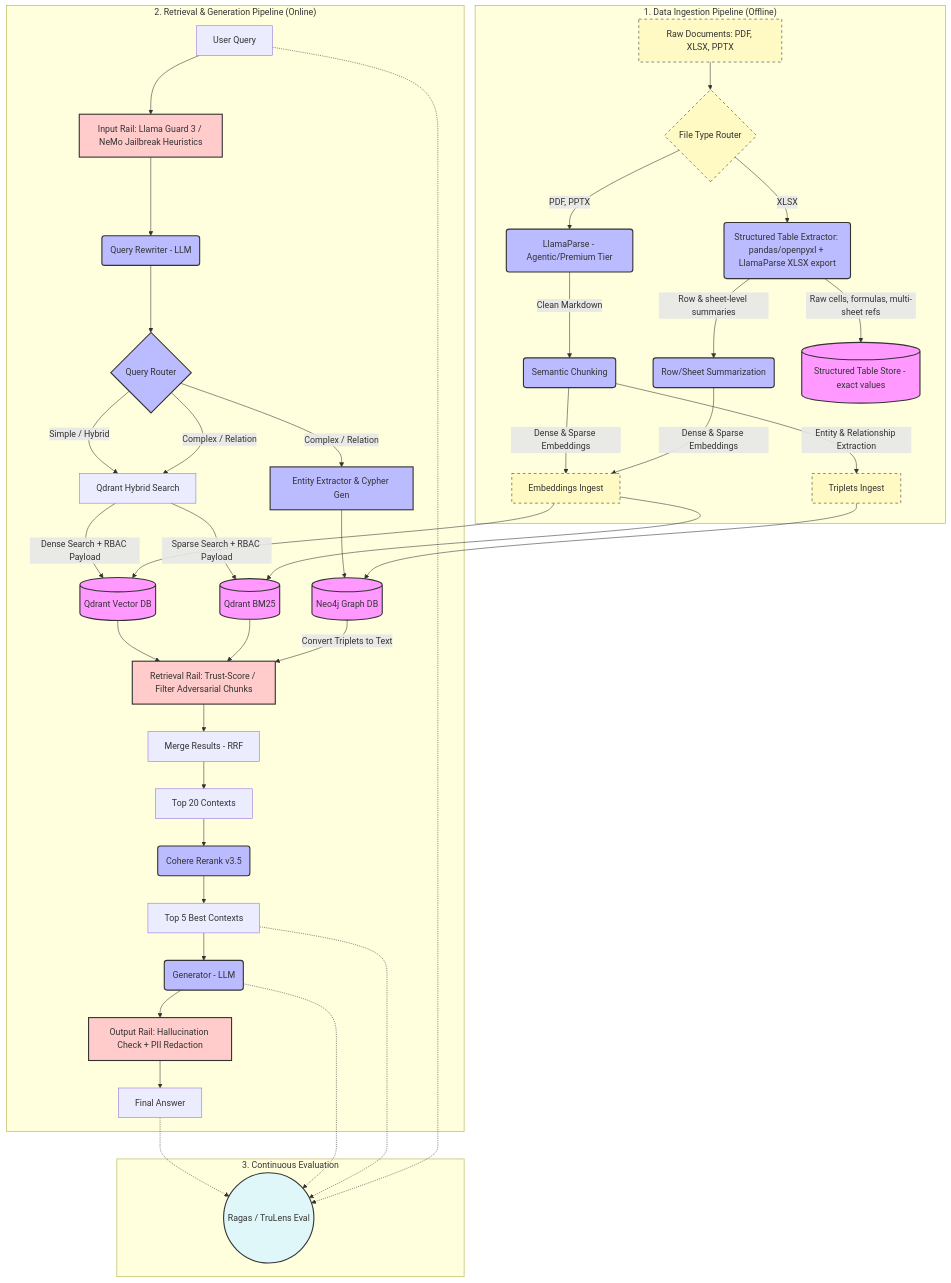
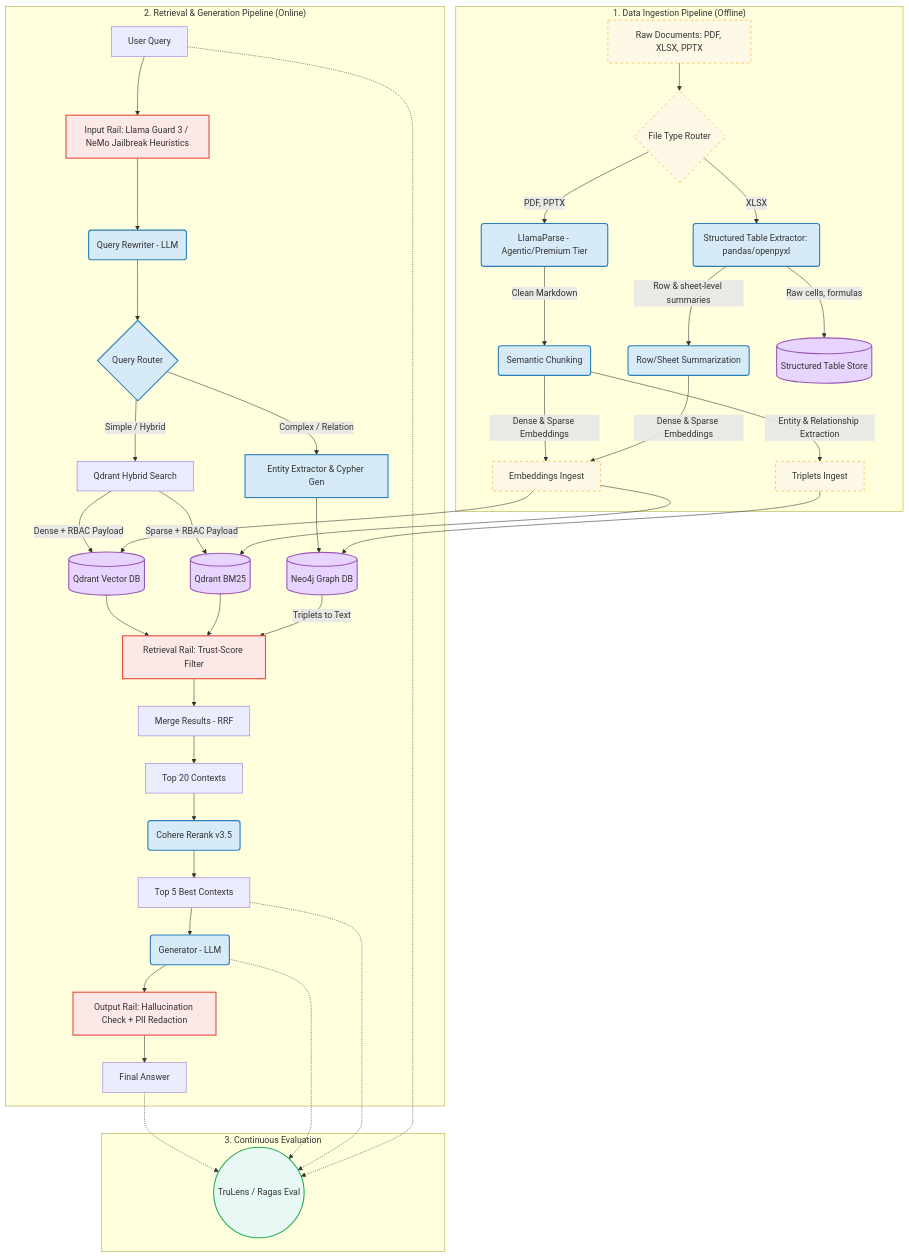
The second of 2 diagrams in README.md (le-dat/rag-enterprise), drawn with Mermaid before and after one commit. The commit also changed other lines of this file and 11 other files, not shown here.

````diff
--- a/README.md
+++ b/README.md
@@ -7,74 +156,66 @@
 ```mermaid
 graph TD
     %% 1. Ingestion Pipeline
     subgraph Ingestion_Pipeline ["1. Data Ingestion Pipeline (Offline)"]
         Docs[Raw Documents: PDF, XLSX, PPTX] --> Router{File Type Router}
         Router -->|PDF, PPTX| LP(LlamaParse - Agentic/Premium Tier)
-        Router -->|XLSX| XP(Structured Table Extractor: pandas/openpyxl + LlamaParse XLSX export)
+        Router -->|XLSX| XP(Structured Table Extractor: pandas/openpyxl)
         LP -->|Clean Markdown| SC(Semantic Chunking)
         XP -->|Row & sheet-level summaries| SC2(Row/Sheet Summarization)
-        XP -->|Raw cells, formulas, multi-sheet refs| STORE_RAW[(Structured Table Store - exact values)]
+        XP -->|Raw cells, formulas| STORE_RAW[(Structured Table Store)]
         SC -->|Dense & Sparse Embeddings| Q_Ingest[Embeddings Ingest]
         SC2 -->|Dense & Sparse Embeddings| Q_Ingest
         SC -->|Entity & Relationship Extraction| N_Ingest[Triplets Ingest]
     end
 
     %% 2. Retrieval & Generation Pipeline
     subgraph Query_Pipeline ["2. Retrieval & Generation Pipeline (Online)"]
         User[User Query] --> IG[Input Rail: Llama Guard 3 / NeMo Jailbreak Heuristics]
         IG --> B(Query Rewriter - LLM)
         B --> QR{Query Router}
 
-        %% Routing
         QR -->|Simple / Hybrid| H_Search[Qdrant Hybrid Search]
-        QR -->|Complex / Relation| H_Search
         QR -->|Complex / Relation| EE[Entity Extractor & Cypher Gen]
 
-        %% Database Retrieval with RBAC
-        H_Search -->|Dense Search + RBAC Payload| D1[(Qdrant Vector DB)]
-        H_Search -->|Sparse Search + RBAC Payload| D2[(Qdrant BM25)]
+        H_Search -->|Dense + RBAC Payload| D1[(Qdrant Vector DB)]
+        H_Search -->|Sparse + RBAC Payload| D2[(Qdrant BM25)]
         EE --> E[(Neo4j Graph DB)]
 
-        %% Retrieval Rail (NEW) - filters poisoned/adversarial chunks BEFORE fusion
-        D1 --> RR[Retrieval Rail: Trust-Score / Filter Adversarial Chunks]
+        D1 --> RR[Retrieval Rail: Trust-Score Filter]
         D2 --> RR
-        E -->|Convert Triplets to Text| RR
+        E -->|Triplets to Text| RR
 
-        %% Merge & Rerank
         RR --> F[Merge Results - RRF]
         F --> G[Top 20 Contexts]
         G --> H(Cohere Rerank v3.5)
         H --> I[Top 5 Best Contexts]
         I --> J(Generator - LLM)
 
-        %% Output Guardrails
         J --> OG[Output Rail: Hallucination Check + PII Redaction]
         OG --> Answer[Final Answer]
     end
 
     %% 3. Continuous Evaluation
     subgraph Eval_System ["3. Continuous Evaluation"]
-        Answer -.-> EV((Ragas / TruLens Eval))
+        Answer -.-> EV((TruLens / Ragas Eval))
         J -.-> EV
         I -.-> EV
         User -.-> EV
     end
 
-    %% Connect Ingestion to DBs
     Q_Ingest --> D1
     Q_Ingest --> D2
     N_Ingest --> E
 
-    %% CSS Styling
-    classDef db fill:#f9f,stroke:#333,stroke-width:2px;
-    classDef llm fill:#bbf,stroke:#333,stroke-width:2px;
-    classDef guard fill:#ffcccb,stroke:#333,stroke-width:2px;
-    classDef eval fill:#e0f7fa,stroke:#333,stroke-width:2px;
-    classDef ingest fill:#fff9c4,stroke:#333,stroke-dasharray: 5 5;
+    classDef db fill:#e8d5ff,stroke:#9b59b6,stroke-width:2px;
+    classDef llm fill:#d6eaf8,stroke:#2980b9,stroke-width:2px;
+    classDef guard fill:#fde8e8,stroke:#e74c3c,stroke-width:2px;
+    classDef eval fill:#e8f8f5,stroke:#27ae60,stroke-width:2px;
+    classDef ingest fill:#fef9e7,stroke:#f39c12,stroke-dasharray:5 5;
 
     class D1,D2,E,STORE_RAW db;
     class B,QR,EE,H,J,LP,SC,SC2,XP llm;
     class IG,OG,RR guard;
     class EV eval;
     class Docs,Q_Ingest,N_Ingest,Router ingest;
 ```
````
